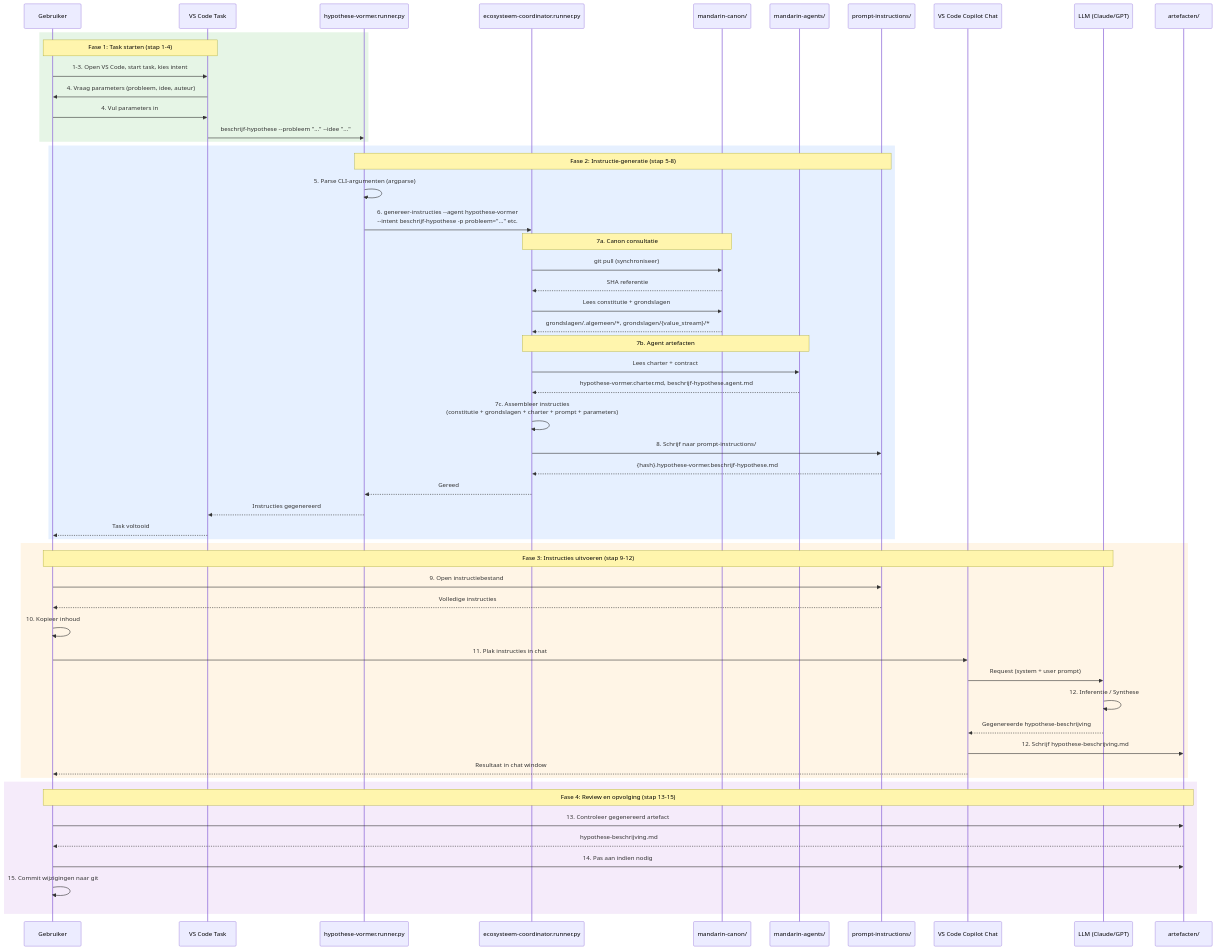
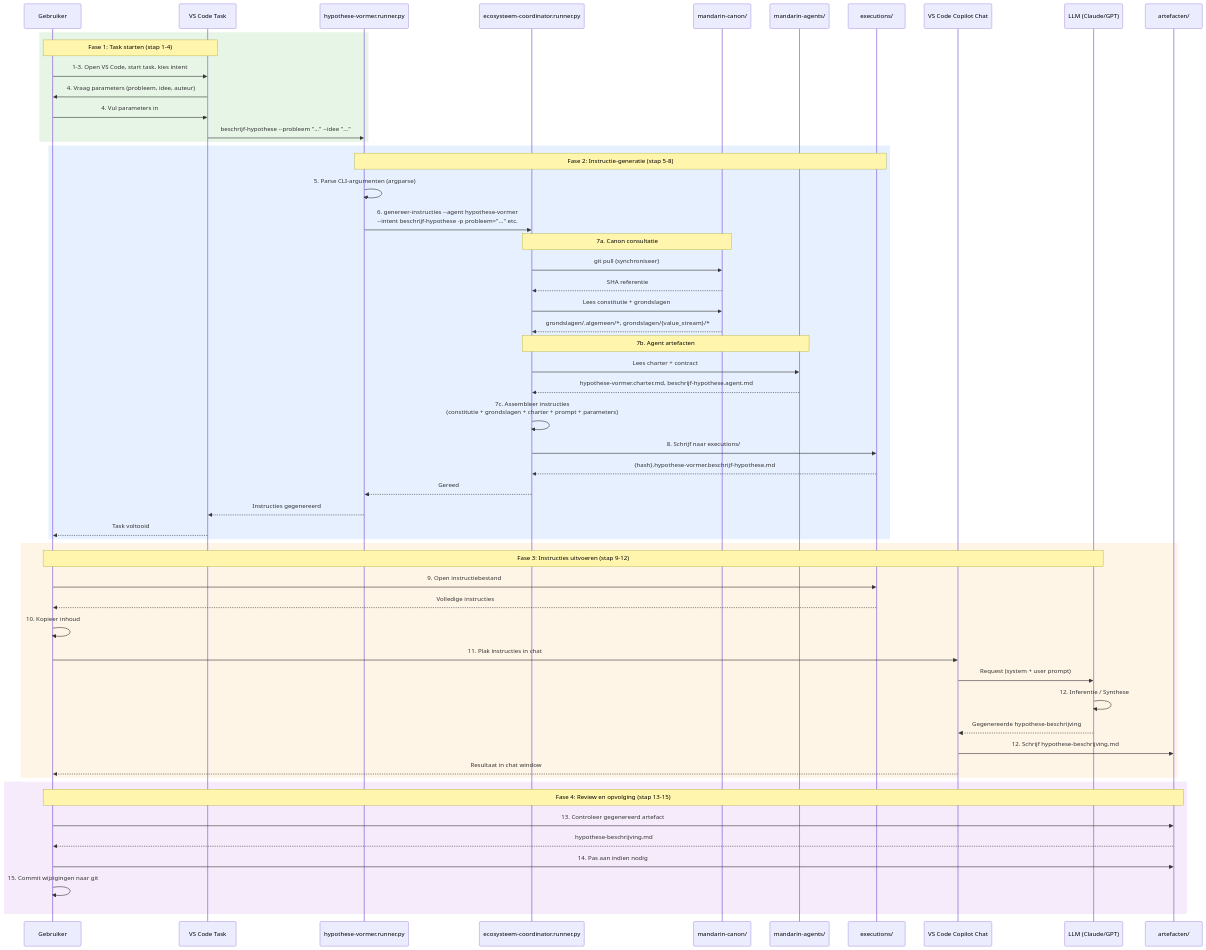
Before and after one commit to hans-blok/mandarin-agents: the diagram in docs/werking-runners-en-zo/hoe-een-agent-zjn-werk-doet.md, drawn with Mermaid. The commit also changed other lines of this file and 37 other files, not shown here.

````diff
--- a/docs/werking-runners-en-zo/hoe-een-agent-zjn-werk-doet.md
+++ b/docs/werking-runners-en-zo/hoe-een-agent-zjn-werk-doet.md
@@ -40,68 +40,68 @@
 ```mermaid
 sequenceDiagram
   participant User as Gebruiker
   participant VSCode as VS Code Task
   participant Runner as hypothese-vormer.runner.py
   participant Coordinator as ecosysteem-coordinator.runner.py
   participant Canon as mandarin-canon/
   participant Mandarin as mandarin-agents/
-  participant Output as prompt-instructions/
+  participant Output as executions/
   participant Copilot as VS Code Copilot Chat
   participant LLM as LLM (Claude/GPT)
   participant Artefacten as artefacten/
 
   rect rgb(230, 245, 230)
   Note over User,VSCode: Fase 1: Task starten (stap 1-4)
   User->>VSCode: 1-3. Open VS Code, start task, kies intent
   VSCode->>User: 4. Vraag parameters (probleem, idee, auteur)
   User->>VSCode: 4. Vul parameters in
   VSCode->>Runner: beschrijf-hypothese --probleem "..." --idee "..."
   end
 
   rect rgb(230, 240, 255)
   Note over Runner,Output: Fase 2: Instructie-generatie (stap 5-8)
   Runner->>Runner: 5. Parse CLI-argumenten (argparse)
   Runner->>Coordinator: 6. genereer-instructies --agent hypothese-vormer<br/>--intent beschrijf-hypothese -p probleem="..." etc.
   
   Note over Coordinator,Canon: 7a. Canon consultatie
   Coordinator->>Canon: git pull (synchroniseer)
   Canon-->>Coordinator: SHA referentie
   Coordinator->>Canon: Lees constitutie + grondslagen
   Canon-->>Coordinator: grondslagen/.algemeen/*, grondslagen/{value_stream}/*
   
   Note over Coordinator,Mandarin: 7b. Agent artefacten
   Coordinator->>Mandarin: Lees charter + contract
   Mandarin-->>Coordinator: hypothese-vormer.charter.md, beschrijf-hypothese.agent.md
   
   Coordinator->>Coordinator: 7c. Assembleer instructies<br/>(constitutie + grondslagen + charter + prompt + parameters)
   
-  Coordinator->>Output: 8. Schrijf naar prompt-instructions/
+  Coordinator->>Output: 8. Schrijf naar executions/
   Output-->>Coordinator: {hash}.hypothese-vormer.beschrijf-hypothese.md
   
   Coordinator-->>Runner: Gereed
   Runner-->>VSCode: Instructies gegenereerd
   VSCode-->>User: Task voltooid
   end
 
   rect rgb(255, 245, 230)
   Note over User,LLM: Fase 3: Instructies uitvoeren (stap 9-12)
   User->>Output: 9. Open instructiebestand
   Output-->>User: Volledige instructies
   User->>User: 10. Kopieer inhoud
   User->>Copilot: 11. Plak instructies in chat
   
   Copilot->>LLM: Request (system + user prompt)
   LLM->>LLM: 12. Inferentie / Synthese
   LLM-->>Copilot: Gegenereerde hypothese-beschrijving
   Copilot->>Artefacten: 12. Schrijf hypothese-beschrijving.md
   Copilot-->>User: Resultaat in chat window
   end
 
   rect rgb(245, 235, 250)
   Note over User,Artefacten: Fase 4: Review en opvolging (stap 13-15)
   User->>Artefacten: 13. Controleer gegenereerd artefact
   Artefacten-->>User: hypothese-beschrijving.md
   User->>Artefacten: 14. Pas aan indien nodig
   User->>User: 15. Commit wijzigingen naar git
   end
 ```
````
